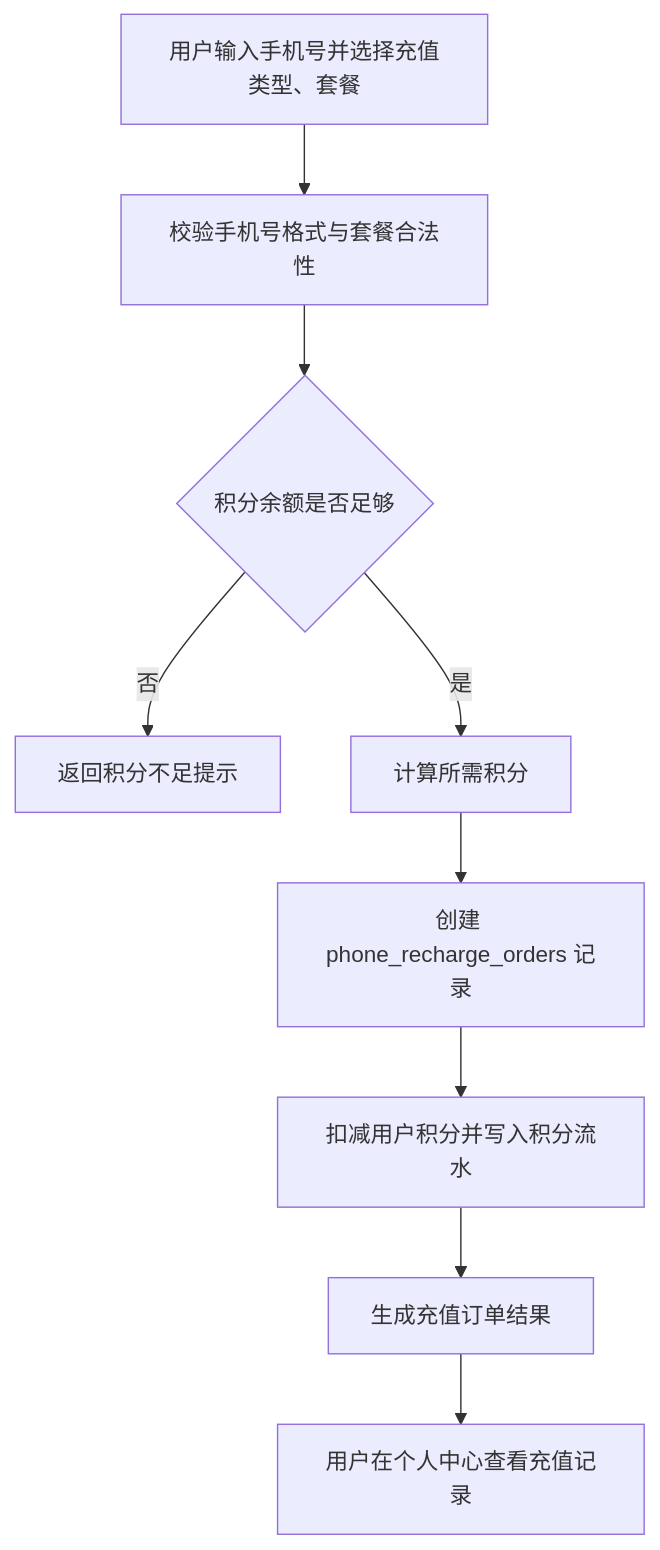
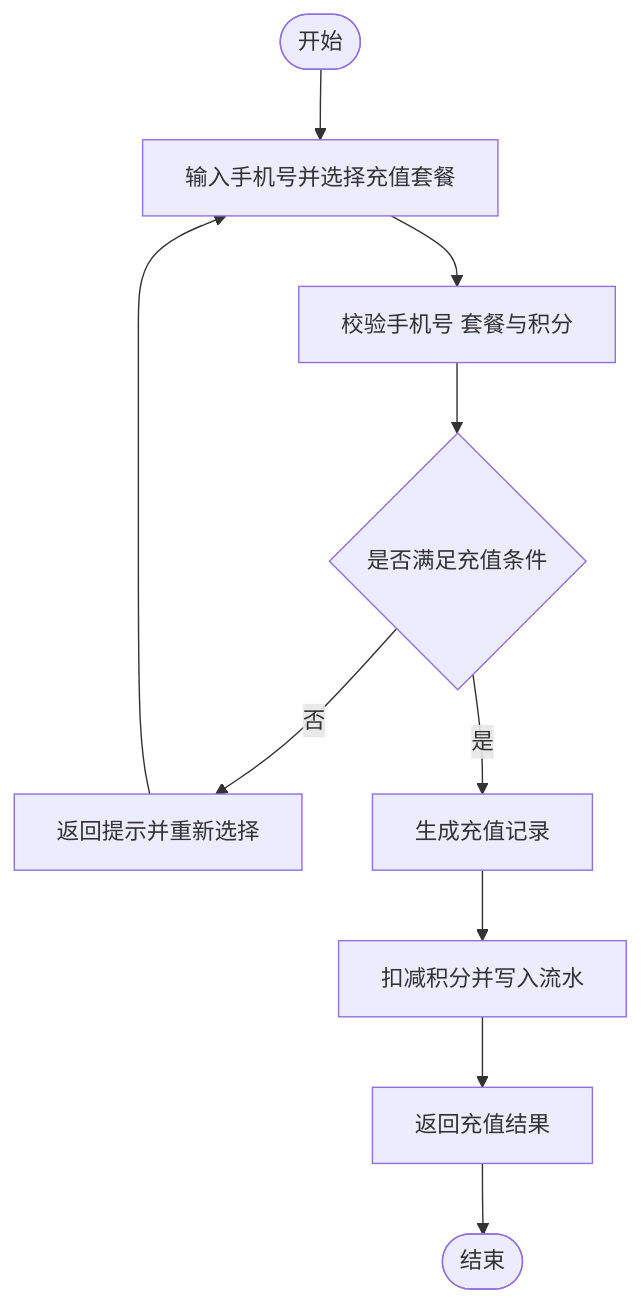
Before and after one commit to oasis-AI/3-cmpm-system: the fourth of 7 diagrams in thesis/lunwen.md, drawn with Mermaid. The commit also changed other lines of this file and 6 other files, not shown here.

````diff
--- a/thesis/lunwen.md
+++ b/thesis/lunwen.md
@@ -380,11 +397,12 @@
 ```mermaid
 flowchart TD
-	A["用户输入手机号并选择充值类型、套餐"] --> B["校验手机号格式与套餐合法性"]
-	B --> C{"积分余额是否足够"}
-	C -- 否 --> C1["返回积分不足提示"]
-	C -- 是 --> D["计算所需积分"]
-	D --> E["创建 phone_recharge_orders 记录"]
-	E --> F["扣减用户积分并写入积分流水"]
-	F --> G["生成充值订单结果"]
-	G --> H["用户在个人中心查看充值记录"]
+	A(["开始"]) --> B["输入手机号并选择充值套餐"]
+	B --> C["校验手机号 套餐与积分"]
+	C --> D{"是否满足充值条件"}
+	D -- 否 --> E["返回提示并重新选择"]
+	E --> B
+	D -- 是 --> F["生成充值记录"]
+	F --> G["扣减积分并写入流水"]
+	G --> H["返回充值结果"]
+	H --> I(["结束"])
 ```
````
